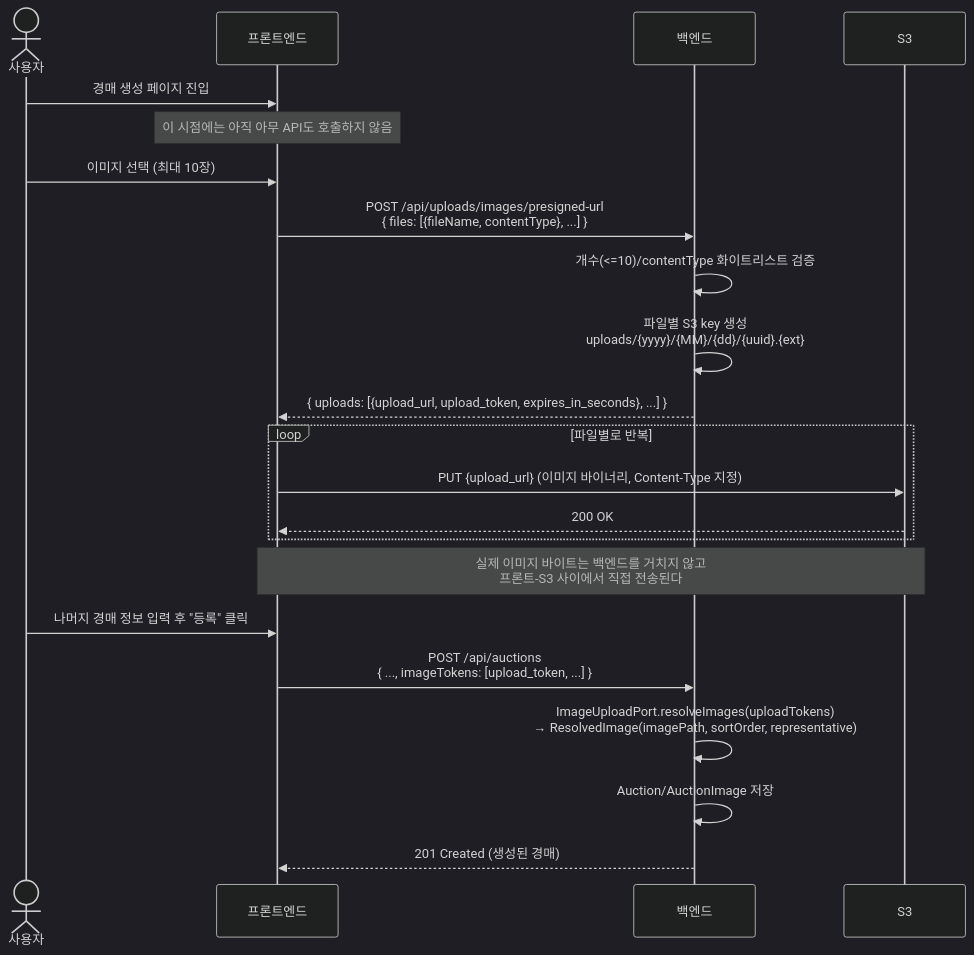
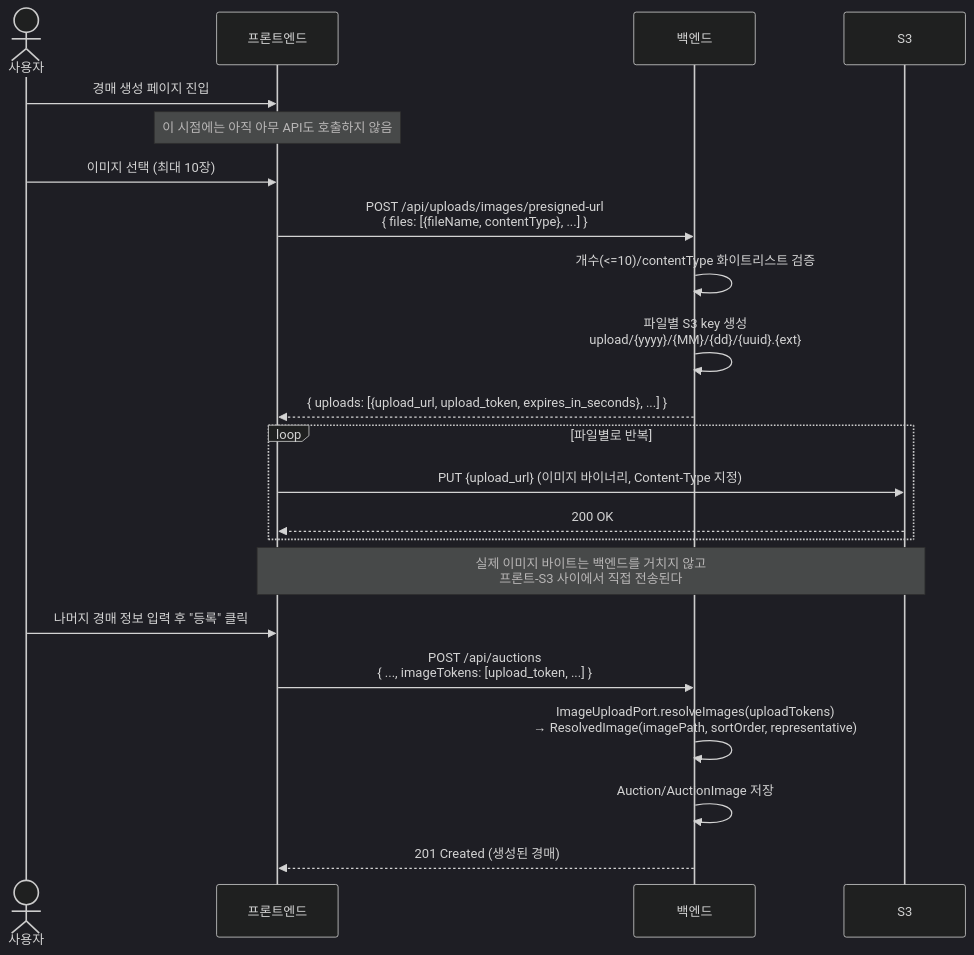
Before and after one commit to hyeonyway/WEB-TEAM2-2gether: the diagram in docs/hamin/upload/1-presigned-upload-flow.md, drawn with Mermaid (dark theme). The commit also changed other lines of this file and 1 other file, not shown here.

````diff
--- a/docs/hamin/upload/1-presigned-upload-flow.md
+++ b/docs/hamin/upload/1-presigned-upload-flow.md
@@ -19,28 +19,28 @@
 ```mermaid
 sequenceDiagram
     actor User as 사용자
     participant FE as 프론트엔드
     participant BE as 백엔드
     participant S3 as S3
 
     User->>FE: 경매 생성 페이지 진입
     Note over FE: 이 시점에는 아직 아무 API도 호출하지 않음
 
     User->>FE: 이미지 선택 (최대 10장)
     FE->>BE: POST /api/uploads/images/presigned-url<br/>{ files: [{fileName, contentType}, ...] }
     BE->>BE: 개수(<=10)/contentType 화이트리스트 검증
-    BE->>BE: 파일별 S3 key 생성<br/>uploads/{yyyy}/{MM}/{dd}/{uuid}.{ext}
+    BE->>BE: 파일별 S3 key 생성<br/>upload/{yyyy}/{MM}/{dd}/{uuid}.{ext}
     BE-->>FE: { uploads: [{upload_url, upload_token, expires_in_seconds}, ...] }
 
     loop 파일별로 반복
         FE->>S3: PUT {upload_url} (이미지 바이너리, Content-Type 지정)
         S3-->>FE: 200 OK
     end
     Note over FE,S3: 실제 이미지 바이트는 백엔드를 거치지 않고<br/>프론트-S3 사이에서 직접 전송된다
 
     User->>FE: 나머지 경매 정보 입력 후 "등록" 클릭
     FE->>BE: POST /api/auctions<br/>{ ..., imageTokens: [upload_token, ...] }
     BE->>BE: ImageUploadPort.resolveImages(uploadTokens)<br/>→ ResolvedImage(imagePath, sortOrder, representative)
     BE->>BE: Auction/AuctionImage 저장
     BE-->>FE: 201 Created (생성된 경매)
 ```
````
